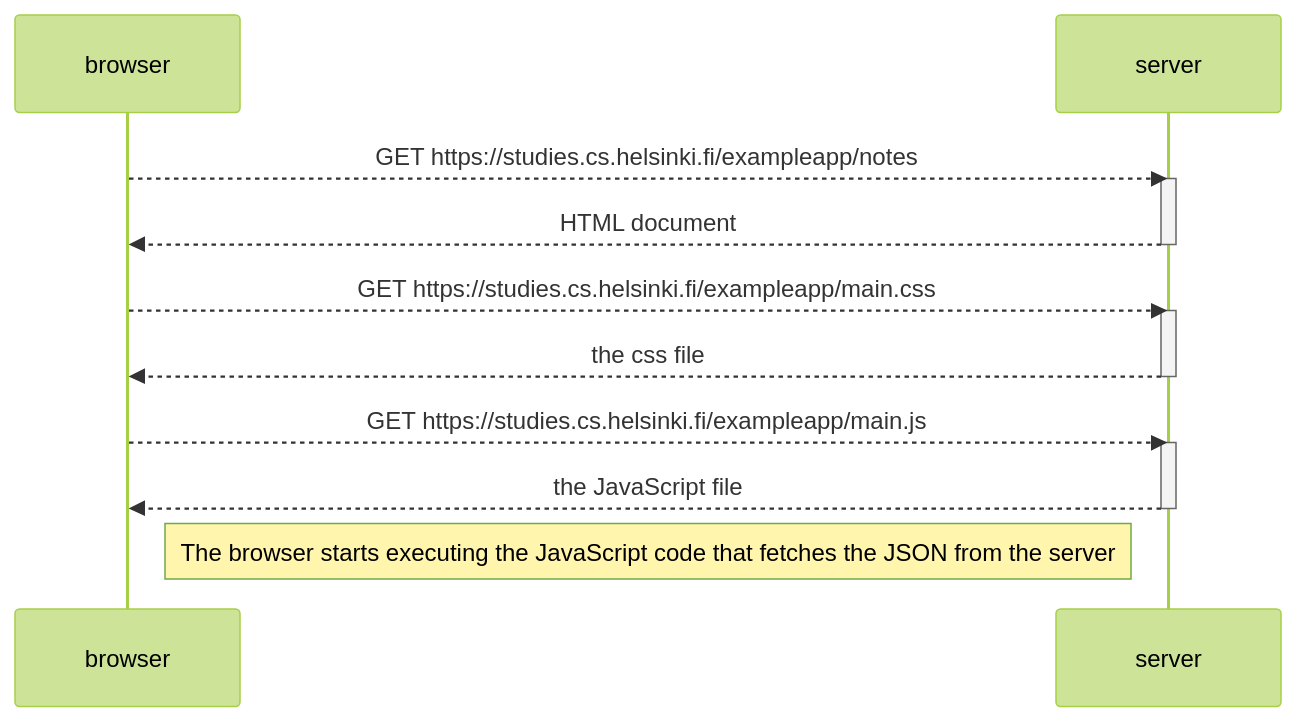
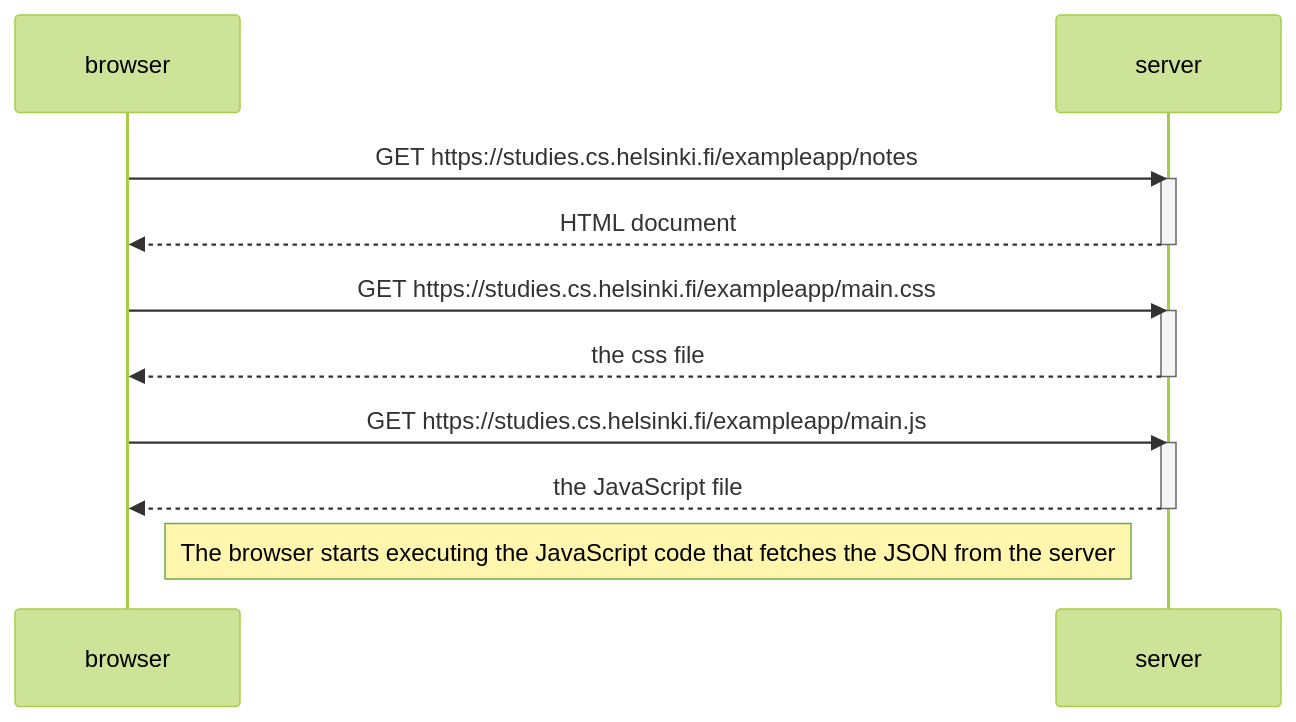
Before and after one commit to jvictorrodriguez/fullstackopen.com: the diagram in 0.4_Nuevo_Diagrama_de_Nota.md, drawn with Mermaid (forest theme).

````diff
--- a/0.4_Nuevo_Diagrama_de_Nota.md
+++ b/0.4_Nuevo_Diagrama_de_Nota.md
@@ -1,22 +1,22 @@
 ```mermaid
 sequenceDiagram
     participant browser
     participant server
 
-    browser-->>server: GET https://studies.cs.helsinki.fi/exampleapp/notes
+    browser->>server: GET https://studies.cs.helsinki.fi/exampleapp/notes
     activate server
     server-->>browser: HTML document
     deactivate server
 
-    browser-->>server: GET https://studies.cs.helsinki.fi/exampleapp/main.css
+    browser->>server: GET https://studies.cs.helsinki.fi/exampleapp/main.css
     activate server
     server-->>browser: the css file
     deactivate server
 
-    browser-->>server: GET https://studies.cs.helsinki.fi/exampleapp/main.js
+    browser->>server: GET https://studies.cs.helsinki.fi/exampleapp/main.js
     activate server
     server-->>browser: the JavaScript file
     deactivate server
 
     Note right of browser: The browser starts executing the JavaScript code that fetches the JSON from the server
 ```
````
